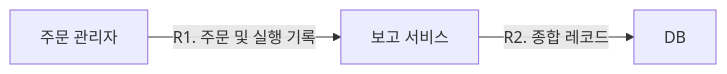
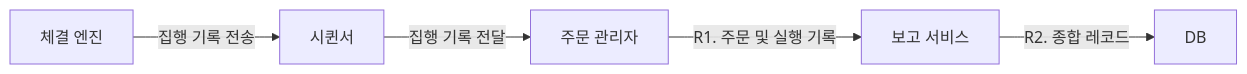
One commit to ldk980130/TIL changed the third of 3 diagrams in infra/system_design_interview-2/13.stock.md. Above: the diagram before and after it, drawn with Mermaid. The commit also changed other lines of this file, not shown here.

````diff
--- a/infra/system_design_interview-2/13.stock.md
+++ b/infra/system_design_interview-2/13.stock.md
@@ -114,12 +114,13 @@
 ```mermaid
 graph LR
-    OM["주문 관리자"]
-    RS["보고 서비스"]
-    DB["DB"]
+  OM["주문 관리자"]
+  RS["보고 서비스"]
+  DB["DB"]
+  Seq["시퀸서"]
+  ME["체결 엔진"]
 
-    %% R1. 보고 서비스가 주문 관리자에서 데이터 수집
-    OM -->|R1. 주문 및 실행 기록| RS
-
-    %% R2. 보고 서비스가 DB에 기록
-    RS -->|R2. 종합 레코드| DB
+  ME -->|집행 기록 전송| Seq
+  Seq -->|집행 기록 전달| OM
+  OM -->|R1. 주문 및 실행 기록| RS
+  RS -->|R2. 종합 레코드| DB
 ```
````
